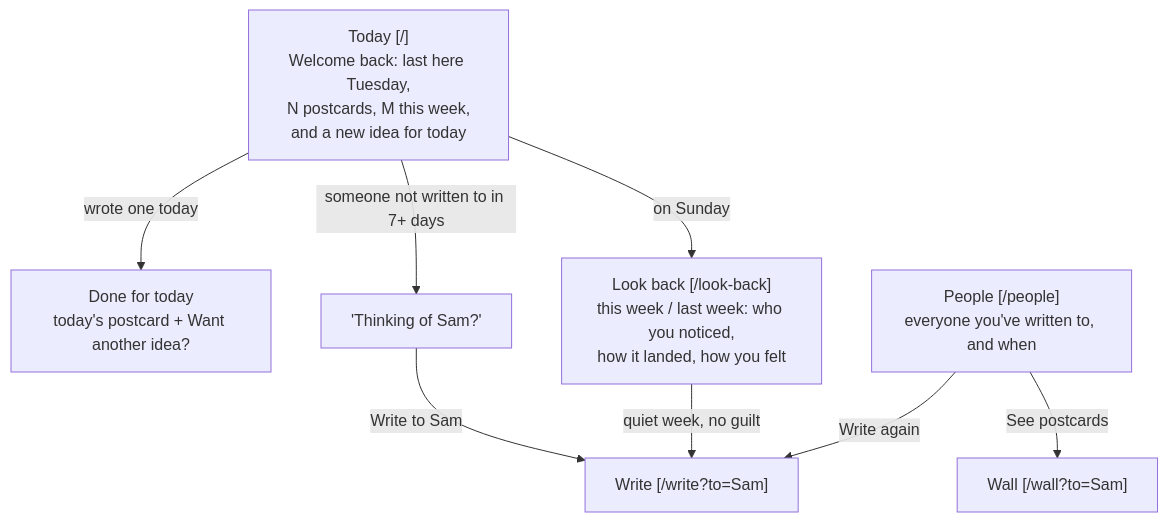
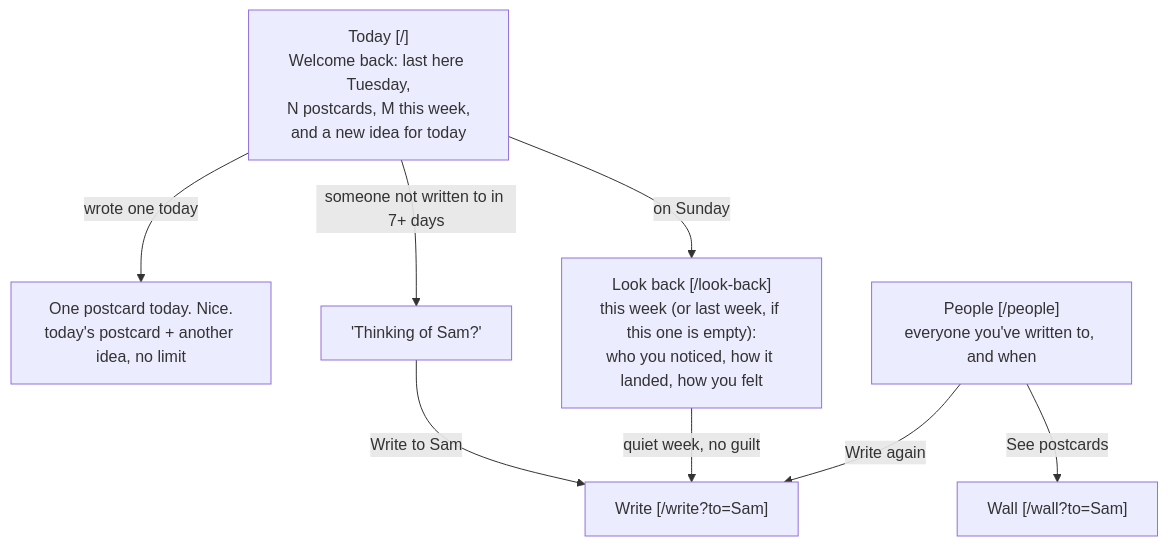
The third of 3 diagrams in README.md (carnowell-uchicago/dbs-p3), drawn with Mermaid before and after one commit. The commit also changed other lines of this file and 2 other files, not shown here.

Commit message:
Document the first-run feedback, the fixes chosen, and what changed; update flows

````diff
--- a/README.md
+++ b/README.md
@@ -45,11 +45,11 @@
 ```mermaid
 flowchart TD
     R["Today [/]<br/>Welcome back: last here Tuesday,<br/>N postcards, M this week,<br/>and a new idea for today"]
-    R -->|"wrote one today"| DONE["Done for today<br/>today's postcard + Want another idea?"]
+    R -->|"wrote one today"| DONE["One postcard today. Nice.<br/>today's postcard + another idea, no limit"]
     R -->|"someone not written to in 7+ days"| N["'Thinking of Sam?'"]
     N -->|"Write to Sam"| W["Write [/write?to=Sam]"]
-    R -->|"on Sunday"| L["Look back [/look-back]<br/>this week / last week: who you noticed,<br/>how it landed, how you felt"]
+    R -->|"on Sunday"| L["Look back [/look-back]<br/>this week (or last week, if this one is empty):<br/>who you noticed, how it landed, how you felt"]
     L -->|"quiet week, no guilt"| W
     PE["People [/people]<br/>everyone you've written to, and when"] -->|"Write again"| W
     PE -->|"See postcards"| PF["Wall [/wall?to=Sam]"]
 ```
````
